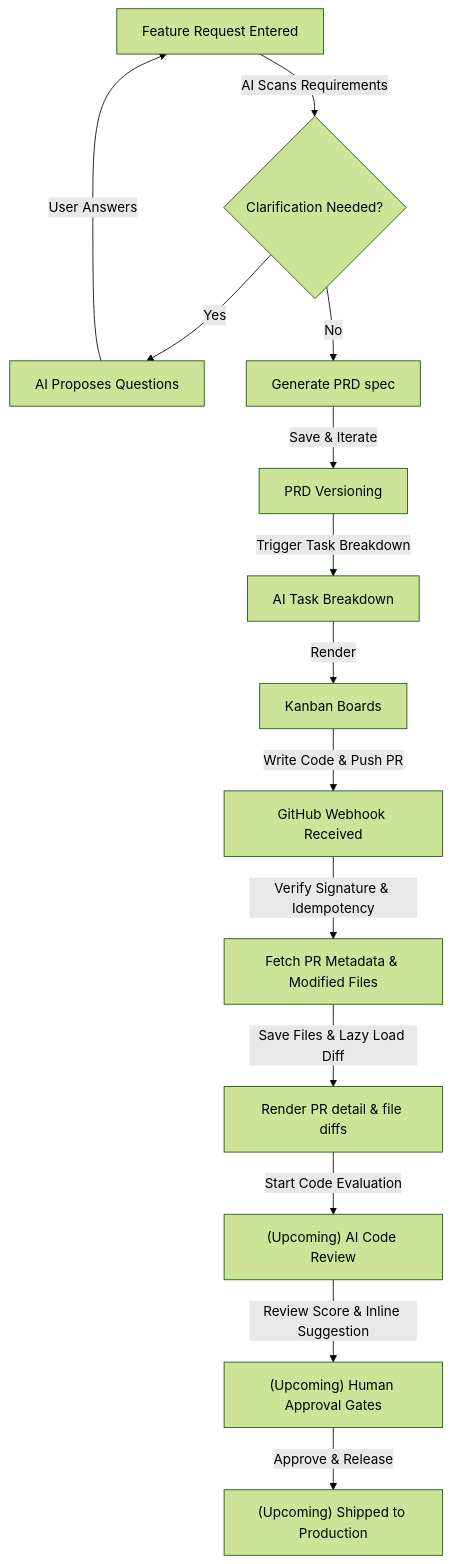
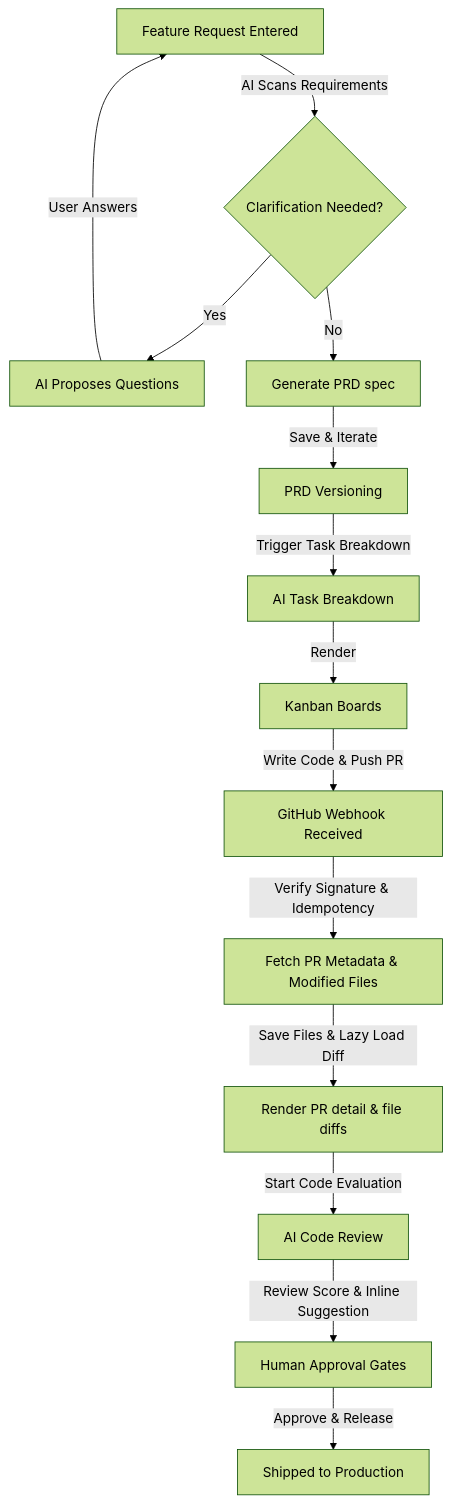
The seventh of 7 diagrams in README.md (Satya7250/Launchly), drawn with Mermaid (forest theme) before and after one commit. The commit also changed other lines of this file and 19 other files, not shown here.

First line of the commit message:
feat(ai-review): implement full AI code review workflow

````diff
--- a/README.md
+++ b/README.md
@@ -393,16 +427,16 @@
 ```mermaid
 graph TD
     FR[Feature Request Entered] -->|AI Scans Requirements| Clarify{Clarification Needed?}
     Clarify -->|Yes| ClarifyQuestions[AI Proposes Questions]
     ClarifyQuestions -->|User Answers| FR
     Clarify -->|No| PRD[Generate PRD spec]
     PRD -->|Save & Iterate| Versioning[PRD Versioning]
     Versioning -->|Trigger Task Breakdown| TaskGen[AI Task Breakdown]
     TaskGen -->|Render| Kanban[Kanban Boards]
     Kanban -->|Write Code & Push PR| Webhook[GitHub Webhook Received]
     Webhook -->|Verify Signature & Idempotency| Ingest[Fetch PR Metadata & Modified Files]
     Ingest -->|Save Files & Lazy Load Diff| PRDetail[Render PR detail & file diffs]
-    PRDetail -->|Start Code Evaluation| AIReview["(Upcoming) AI Code Review"]
-    AIReview -->|Review Score & Inline Suggestion| Human["(Upcoming) Human Approval Gates"]
-    Human -->|Approve & Release| Ship["(Upcoming) Shipped to Production"]
+    PRDetail -->|Start Code Evaluation| AIReview[AI Code Review]
+    AIReview -->|Review Score & Inline Suggestion| Human[Human Approval Gates]
+    Human -->|Approve & Release| Ship[Shipped to Production]
 ```
````
